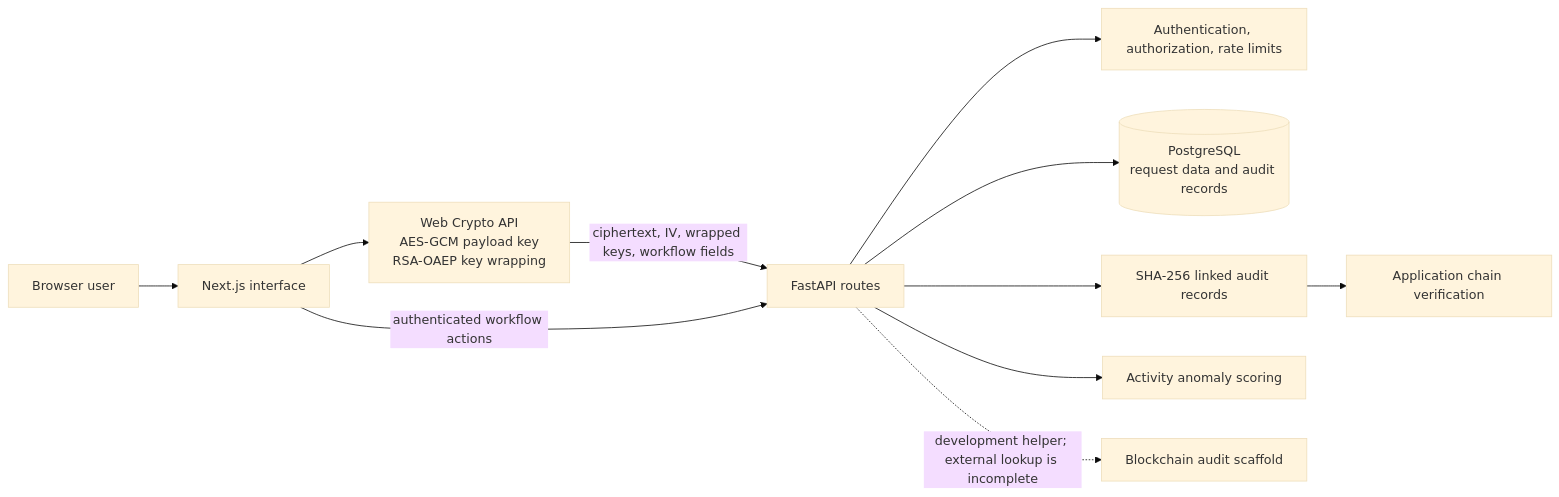
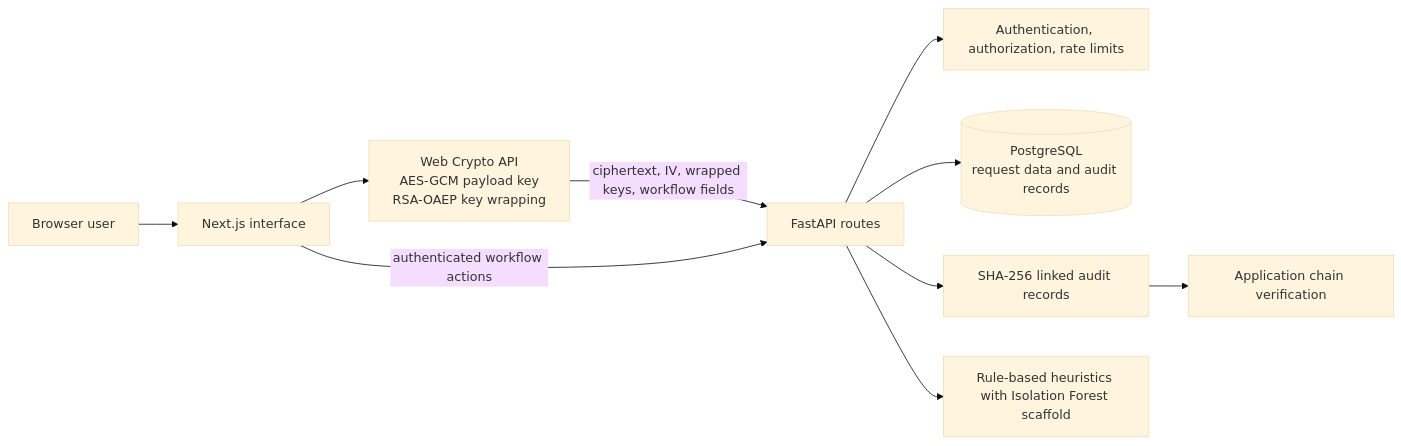
Before and after one commit to Schrodi-O-Ao/AgeiusVault: the diagram in README.md, drawn with Mermaid (base theme). The commit also changed other lines of this file and 3 other files, not shown here.

````diff
--- a/README.md
+++ b/README.md
@@ -13,13 +13,12 @@
 ```mermaid
 flowchart LR
     USER["Browser user"] --> UI["Next.js interface"]
     UI --> CRYPTO["Web Crypto API\nAES-GCM payload key\nRSA-OAEP key wrapping"]
     CRYPTO -->|ciphertext, IV, wrapped keys, workflow fields| API["FastAPI routes"]
     UI -->|authenticated workflow actions| API
     API --> AUTH["Authentication, authorization, rate limits"]
     API --> DB[("PostgreSQL\nrequest data and audit records")]
     API --> AUDIT["SHA-256 linked audit records"]
     AUDIT --> VERIFY["Application chain verification"]
-    API --> DETECT["Activity anomaly scoring"]
-    API -. "development helper; external lookup is incomplete" .-> CHAIN["Blockchain audit scaffold"]
+    API --> DETECT["Rule-based heuristics with Isolation Forest scaffold"]
 ```
````
